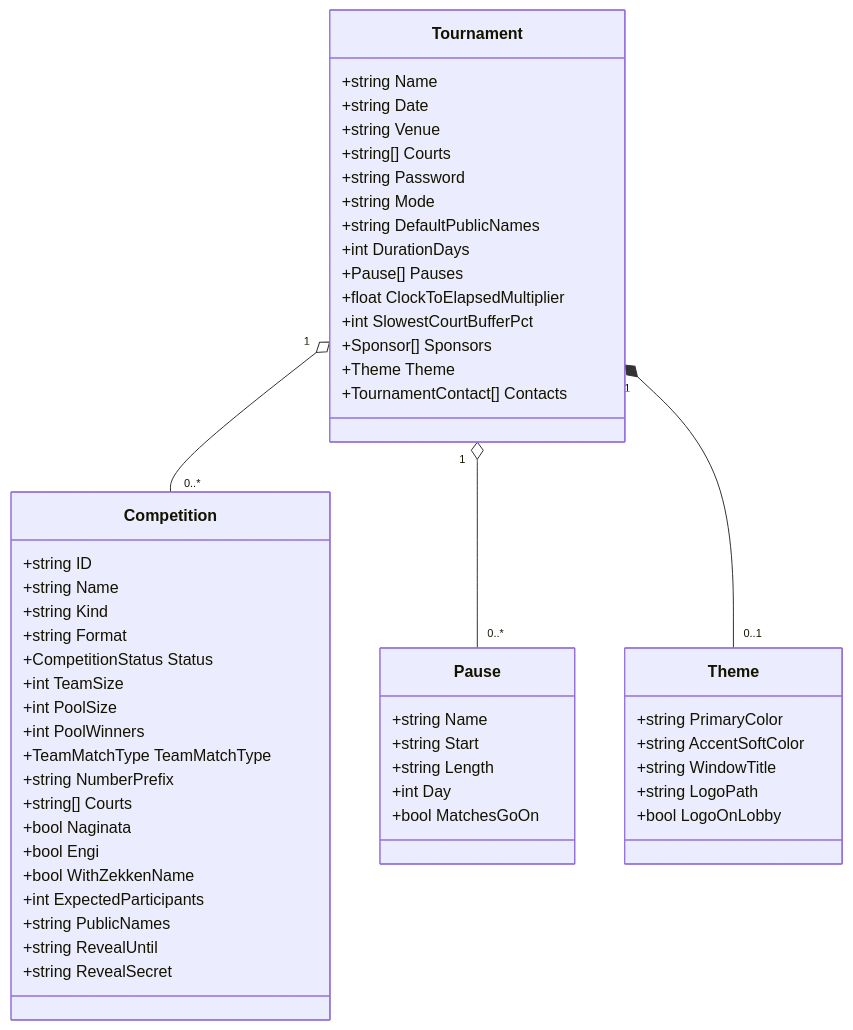
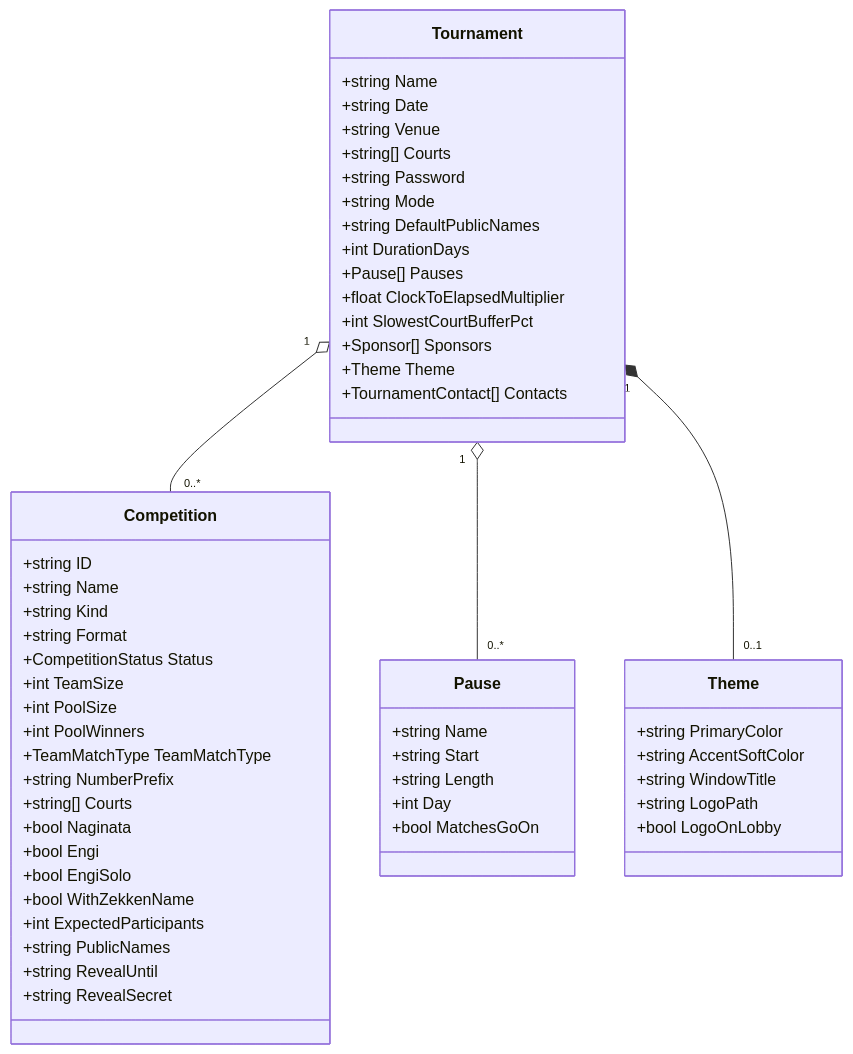
One commit to gitrgoliveira/bracket-creator changed the first of 8 diagrams in docs/architecture/data-model.md. Above: the diagram before and after it, drawn with Mermaid. The commit also changed other lines of this file and 18 other files, not shown here.

First line of the commit message:
feat: solo engi setting, Go and JS plumbing (T1, T2)

````diff
--- a/docs/architecture/data-model.md
+++ b/docs/architecture/data-model.md
@@ -43,62 +43,63 @@
 ```mermaid
 classDiagram
     direction TB
 
     class Tournament {
         +string Name
         +string Date
         +string Venue
         +string[] Courts
         +string Password
         +string Mode
         +string DefaultPublicNames
         +int DurationDays
         +Pause[] Pauses
         +float ClockToElapsedMultiplier
         +int SlowestCourtBufferPct
         +Sponsor[] Sponsors
         +Theme Theme
         +TournamentContact[] Contacts
     }
 
     class Pause {
         +string Name
         +string Start
         +string Length
         +int Day
         +bool MatchesGoOn
     }
 
     class Theme {
         +string PrimaryColor
         +string AccentSoftColor
         +string WindowTitle
         +string LogoPath
         +bool LogoOnLobby
     }
 
     class Competition {
         +string ID
         +string Name
         +string Kind
         +string Format
         +CompetitionStatus Status
         +int TeamSize
         +int PoolSize
         +int PoolWinners
         +TeamMatchType TeamMatchType
         +string NumberPrefix
         +string[] Courts
         +bool Naginata
         +bool Engi
+        +bool EngiSolo
         +bool WithZekkenName
         +int ExpectedParticipants
         +string PublicNames
         +string RevealUntil
         +string RevealSecret
     }
 
     Tournament "1" o-- "0..*" Competition
     Tournament "1" o-- "0..*" Pause
     Tournament "1" *-- "0..1" Theme
 ```
````
